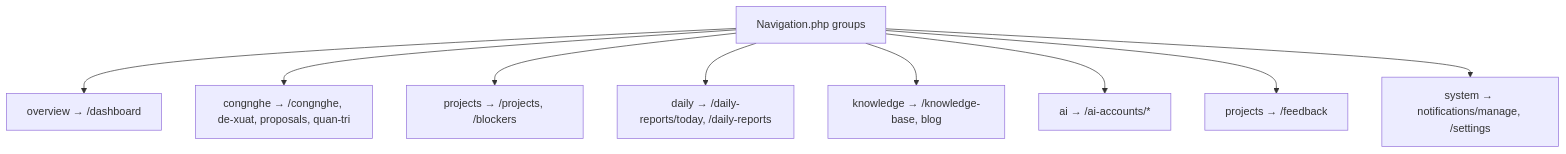
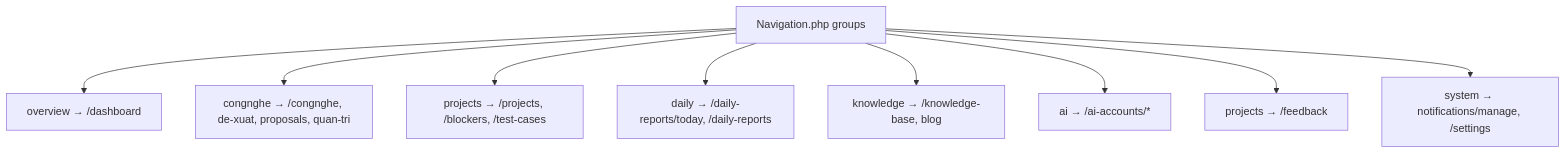
One commit to EasyToBuildWithKane/va-qlda changed the fourth of 11 diagrams in docs/FLOWS_AND_DOCS_MAP.md. Above: the diagram before and after it, drawn with Mermaid. The commit also changed other lines of this file and 98 other files, not shown here.

````diff
--- a/docs/FLOWS_AND_DOCS_MAP.md
+++ b/docs/FLOWS_AND_DOCS_MAP.md
@@ -116,12 +116,12 @@
 ```mermaid
 flowchart TB
   NAV[Navigation.php groups]
   NAV --> O[overview → /dashboard]
   NAV --> CN[congnghe → /congnghe, de-xuat, proposals, quan-tri]
-  NAV --> PJ[projects → /projects, /blockers]
+  NAV --> PJ[projects → /projects, /blockers, /test-cases]
   NAV --> DR[daily → /daily-reports/today, /daily-reports]
   NAV --> KN[knowledge → /knowledge-base, blog]
   NAV --> AI[ai → /ai-accounts/*]
   NAV --> FB[projects → /feedback]
   NAV --> SY[system → notifications/manage, /settings]
 ```
````
